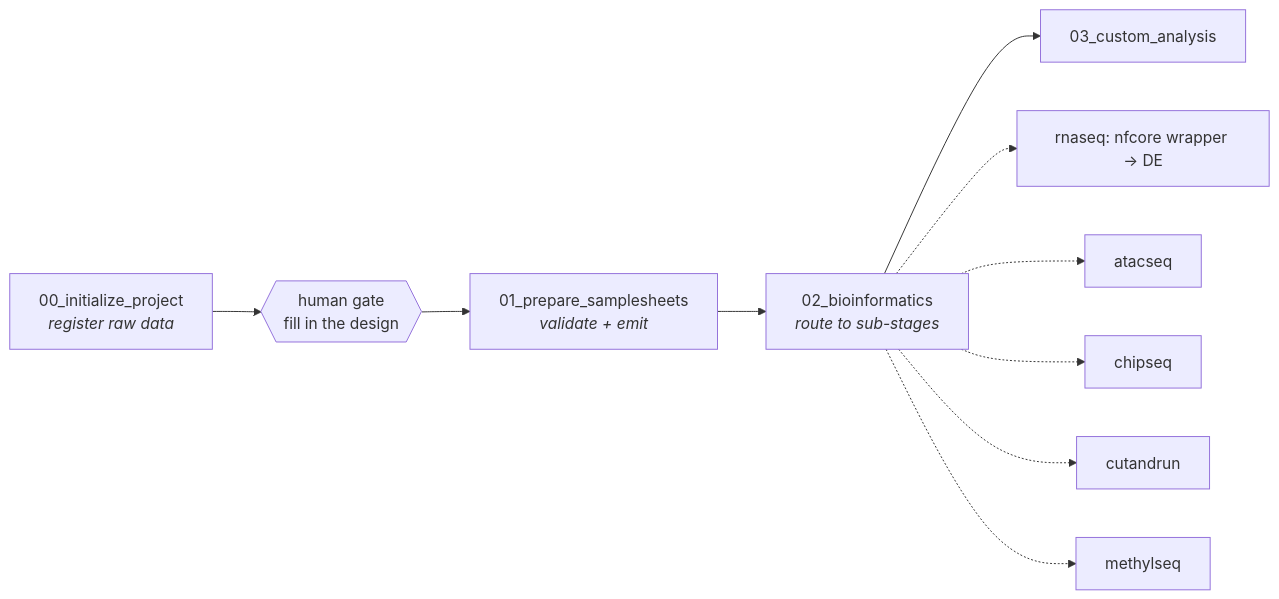
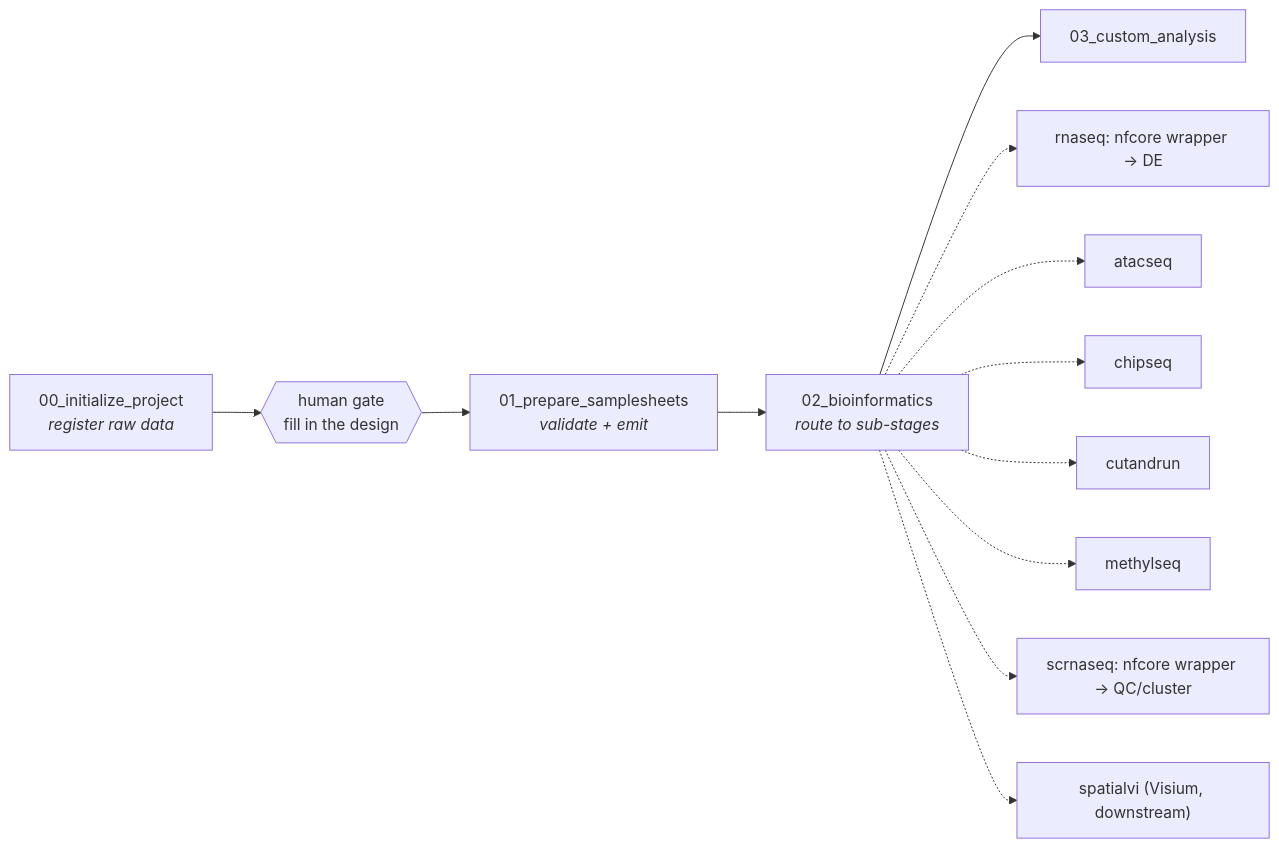
The diagram in README.md (javrodriguez/genomics-agentic-research-system), drawn with Mermaid before and after one commit. The commit also changed other lines of this file and 3 other files, not shown here.

````diff
--- a/README.md
+++ b/README.md
@@ -79,12 +79,14 @@
 ```mermaid
 flowchart LR
     A["00_initialize_project<br/><i>register raw data</i>"] --> H{{"human gate<br/>fill in the design"}}
     H --> B["01_prepare_samplesheets<br/><i>validate + emit</i>"]
     B --> C["02_bioinformatics<br/><i>route to sub-stages</i>"]
     C --> D["03_custom_analysis"]
     C -.-> C1["rnaseq: nfcore wrapper → DE"]
     C -.-> C2["atacseq"]
     C -.-> C3["chipseq"]
     C -.-> C4["cutandrun"]
     C -.-> C5["methylseq"]
+    C -.-> C6["scrnaseq: nfcore wrapper → QC/cluster"]
+    C -.-> C7["spatialvi (Visium, downstream)"]
 ```
````
